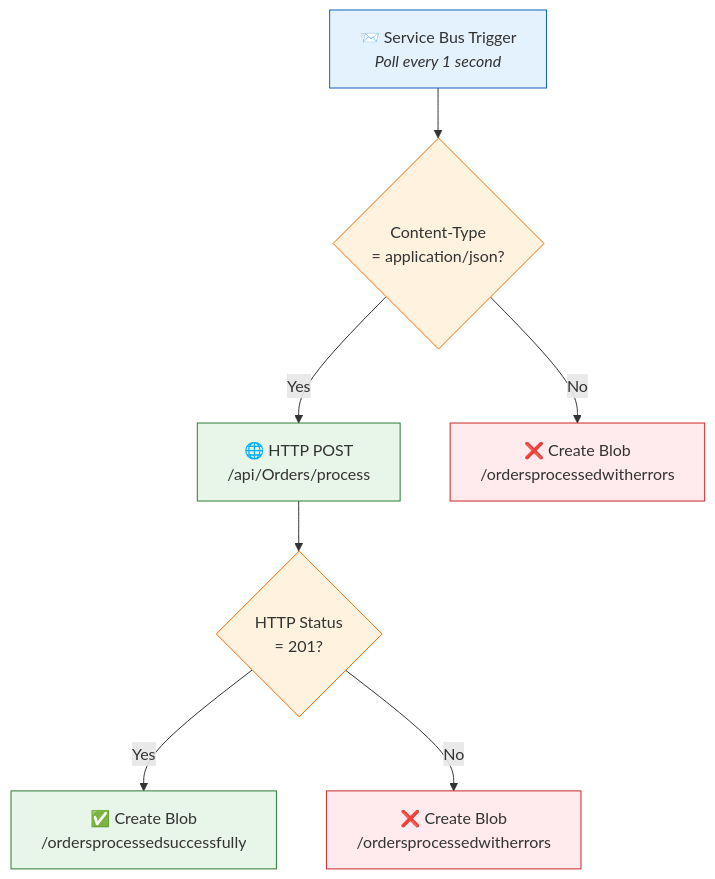
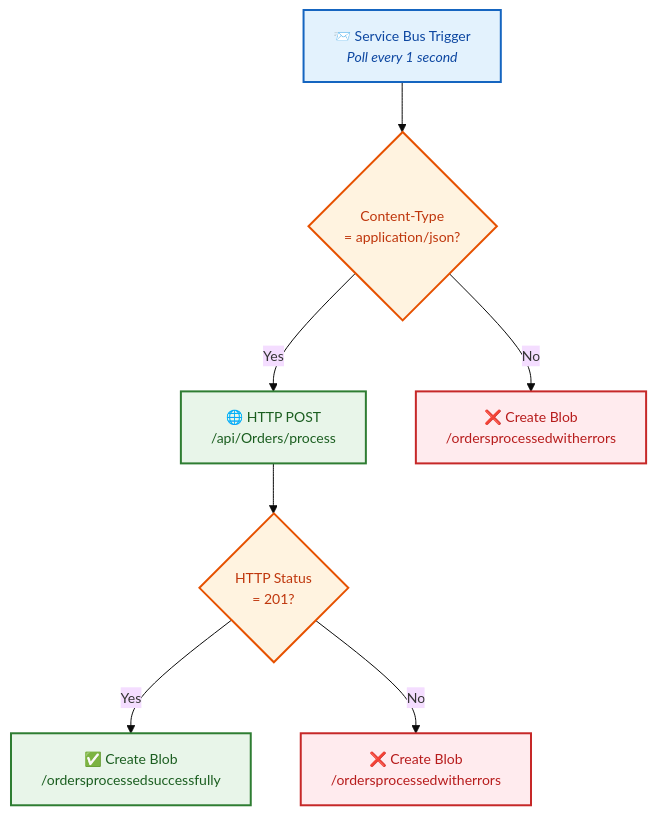
Before and after one commit to Evilazaro/Azure-LogicApps-Monitoring: the fourth of 5 diagrams in docs/architecture/03-application-architecture.md, drawn with Mermaid. The commit also changed other lines of this file, not shown here.

Commit message:
Enhance application architecture documentation with improved Mermaid diagram styles and accessibility features

````diff
--- a/docs/architecture/03-application-architecture.md
+++ b/docs/architecture/03-application-architecture.md
@@ -245,31 +250,33 @@
 ```mermaid
+%%{init: {'theme': 'base', 'themeVariables': { 'fontSize': '14px'}}}%%
 flowchart TD
     Trigger["📨 Service Bus Trigger<br/><i>Poll every 1 second</i>"]
     
     Condition1{"Content-Type<br/>= application/json?"}
     
     HTTP["🌐 HTTP POST<br/>/api/Orders/process"]
     
     Condition2{"HTTP Status<br/>= 201?"}
     
     SuccessBlob["✅ Create Blob<br/>/ordersprocessedsuccessfully"]
     ErrorBlob1["❌ Create Blob<br/>/ordersprocessedwitherrors"]
     ErrorBlob2["❌ Create Blob<br/>/ordersprocessedwitherrors"]
 
     Trigger --> Condition1
-    Condition1 -->|Yes| HTTP
-    Condition1 -->|No| ErrorBlob2
+    Condition1 -->|"Yes"| HTTP
+    Condition1 -->|"No"| ErrorBlob2
     HTTP --> Condition2
-    Condition2 -->|Yes| SuccessBlob
-    Condition2 -->|No| ErrorBlob1
+    Condition2 -->|"Yes"| SuccessBlob
+    Condition2 -->|"No"| ErrorBlob1
 
-    classDef trigger fill:#e3f2fd,stroke:#1565c0
-    classDef condition fill:#fff3e0,stroke:#ef6c00
-    classDef success fill:#e8f5e9,stroke:#2e7d32
-    classDef error fill:#ffebee,stroke:#c62828
+    %% Accessible color palette for workflow states
+    classDef trigger fill:#e3f2fd,stroke:#1565c0,stroke-width:2px,color:#0d47a1
+    classDef condition fill:#fff3e0,stroke:#e65100,stroke-width:2px,color:#bf360c
+    classDef success fill:#e8f5e9,stroke:#2e7d32,stroke-width:2px,color:#1b5e20
+    classDef errorState fill:#ffebee,stroke:#c62828,stroke-width:2px,color:#b71c1c
 
     class Trigger trigger
     class Condition1,Condition2 condition
     class HTTP,SuccessBlob success
-    class ErrorBlob1,ErrorBlob2 error
+    class ErrorBlob1,ErrorBlob2 errorState
 ```
````
